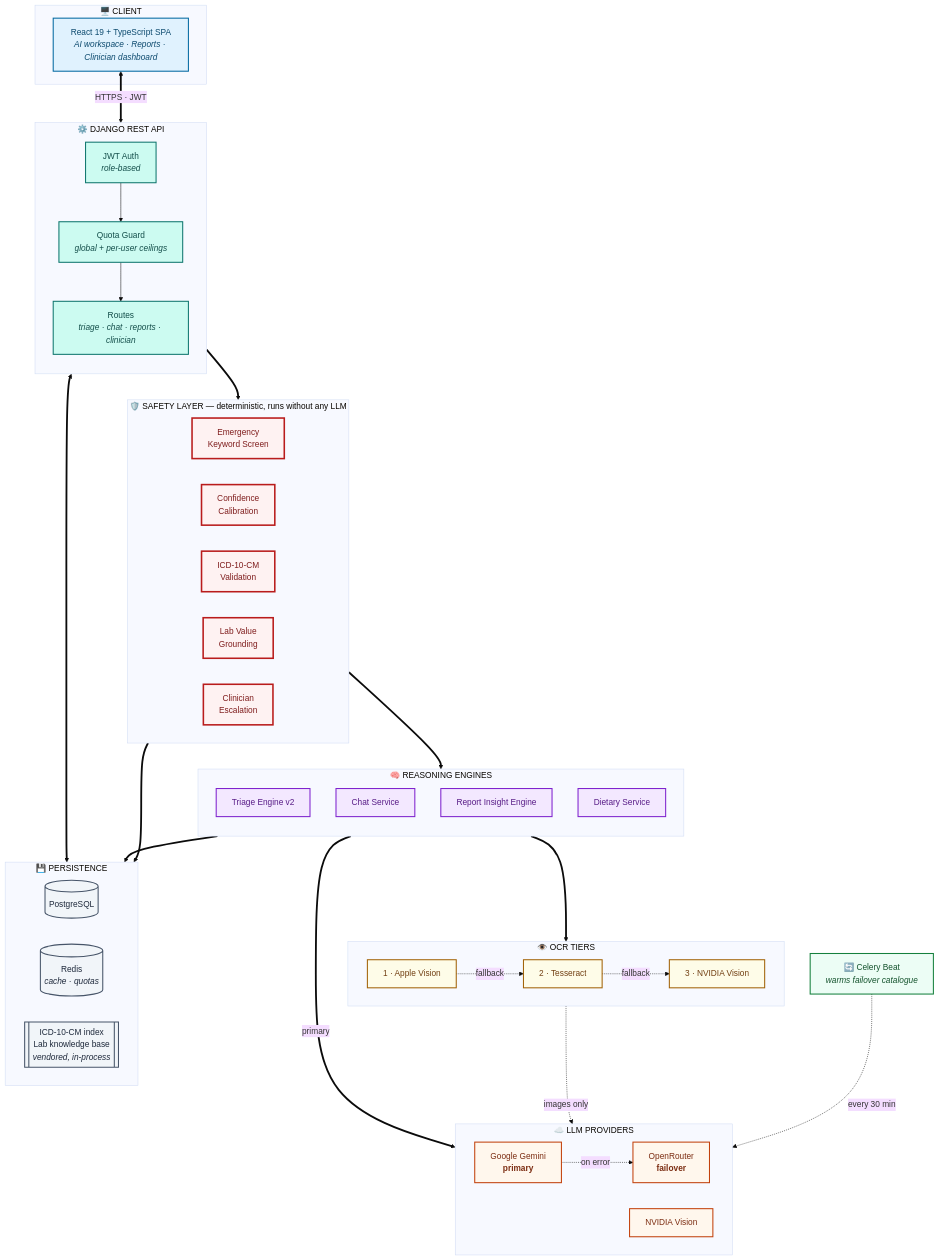
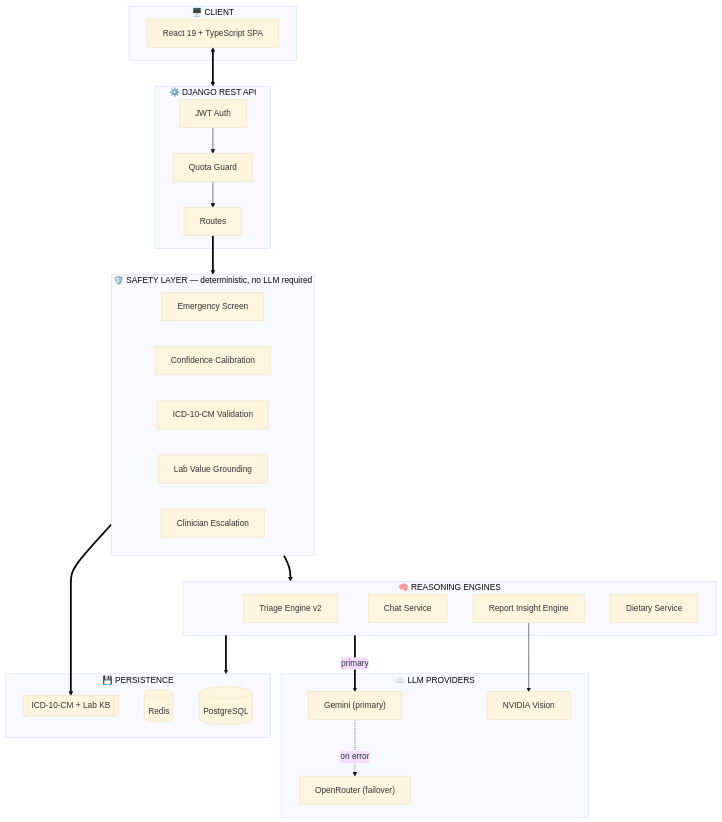
Before and after one commit to janhvisaste/Medaid: the diagram in README.md, drawn with Mermaid (base theme). The commit also changed other lines of this file, not shown here.

````diff
--- a/README.md
+++ b/README.md
@@ -59,85 +123,46 @@
 ```mermaid
 flowchart TB
-    subgraph client["🖥️  CLIENT"]
-        UI["React 19 + TypeScript SPA<br/><i>AI workspace · Reports · Clinician dashboard</i>"]
+    subgraph client["🖥️ CLIENT"]
+        UI["React 19 + TypeScript SPA"]
     end
 
-    subgraph api["⚙️  DJANGO REST API"]
-        direction TB
-        AUTH["JWT Auth<br/><i>role-based</i>"]
-        QUOTA["Quota Guard<br/><i>global + per-user ceilings</i>"]
-        ROUTES["Routes<br/><i>triage · chat · reports · clinician</i>"]
-        AUTH --> QUOTA --> ROUTES
+    subgraph api["⚙️ DJANGO REST API"]
+        AUTH["JWT Auth"] --> QUOTA["Quota Guard"] --> ROUTES["Routes"]
     end
 
-    subgraph safety["🛡️  SAFETY LAYER — deterministic, runs without any LLM"]
+    subgraph safety["🛡️ SAFETY LAYER — deterministic, no LLM required"]
         direction LR
-        EMERG["Emergency<br/>Keyword Screen"]
-        CALIB["Confidence<br/>Calibration"]
-        ICD["ICD-10-CM<br/>Validation"]
-        LABS["Lab Value<br/>Grounding"]
-        ALERTS["Clinician<br/>Escalation"]
+        EMERG["Emergency Screen"]
+        CALIB["Confidence Calibration"]
+        ICD["ICD-10-CM Validation"]
+        LABS["Lab Value Grounding"]
+        ALERTS["Clinician Escalation"]
     end
 
-    subgraph engines["🧠  REASONING ENGINES"]
-        direction TB
+    subgraph engines["🧠 REASONING ENGINES"]
         TRIAGE["Triage Engine v2"]
         CHAT["Chat Service"]
         REPORT["Report Insight Engine"]
         DIET["Dietary Service"]
     end
 
-    subgraph providers["☁️  LLM PROVIDERS"]
-        direction LR
-        GEM["Google Gemini<br/><b>primary</b>"]
-        OR["OpenRouter<br/><b>failover</b>"]
+    subgraph providers["☁️ LLM PROVIDERS"]
+        GEM["Gemini (primary)"]
+        OR["OpenRouter (failover)"]
         NV["NVIDIA Vision"]
     end
 
-    subgraph ocr["👁️  OCR TIERS"]
-        direction LR
-        T1["1 · Apple Vision"]
-        T2["2 · Tesseract"]
-        T3["3 · NVIDIA Vision"]
-        T1 -.fallback.-> T2 -.fallback.-> T3
+    subgraph data["💾 PERSISTENCE"]
+        PG[("PostgreSQL")]
+        RD[("Redis")]
+        KB[["ICD-10-CM + Lab KB"]]
     end
 
-    subgraph data["💾  PERSISTENCE"]
-        direction LR
-        PG[("PostgreSQL")]
-        RD[("Redis<br/><i>cache · quotas</i>")]
-        KB[["ICD-10-CM index<br/>Lab knowledge base<br/><i>vendored, in-process</i>"]]
-    end
-
-    CEL["🔄 Celery Beat<br/><i>warms failover catalogue</i>"]
-
-    UI <==>|"HTTPS · JWT"| api
-    ROUTES ==> safety
-    safety ==> engines
-    engines ==>|"primary"| GEM
-    GEM -.->|"on error"| OR
-    REPORT ==> ocr
-    ocr -.->|"images only"| NV
+    UI <==> api
+    ROUTES ==> safety ==> engines
+    engines ==>|primary| GEM
+    GEM -.->|on error| OR
+    REPORT --> NV
     engines ==> data
     safety ==> KB
-    CEL -.->|"every 30 min"| OR
-    api <==> RD
-
-    classDef clientStyle fill:#e0f2fe,stroke:#0369a1,stroke-width:2px,color:#0c4a6e
-    classDef apiStyle fill:#ccfbf1,stroke:#0f766e,stroke-width:2px,color:#134e4a
-    classDef safetyStyle fill:#fef2f2,stroke:#b91c1c,stroke-width:3px,color:#7f1d1d
-    classDef engineStyle fill:#f3e8ff,stroke:#7e22ce,stroke-width:2px,color:#581c87
-    classDef providerStyle fill:#fff7ed,stroke:#c2410c,stroke-width:2px,color:#7c2d12
-    classDef ocrStyle fill:#fefce8,stroke:#a16207,stroke-width:2px,color:#713f12
-    classDef dataStyle fill:#f1f5f9,stroke:#475569,stroke-width:2px,color:#1e293b
-    classDef workerStyle fill:#ecfdf5,stroke:#15803d,stroke-width:2px,color:#14532d
-
-    class UI clientStyle
-    class AUTH,QUOTA,ROUTES apiStyle
-    class EMERG,CALIB,ICD,LABS,ALERTS safetyStyle
-    class TRIAGE,CHAT,REPORT,DIET engineStyle
-    class GEM,OR,NV providerStyle
-    class T1,T2,T3 ocrStyle
-    class PG,RD,KB dataStyle
-    class CEL workerStyle
 ```
````
